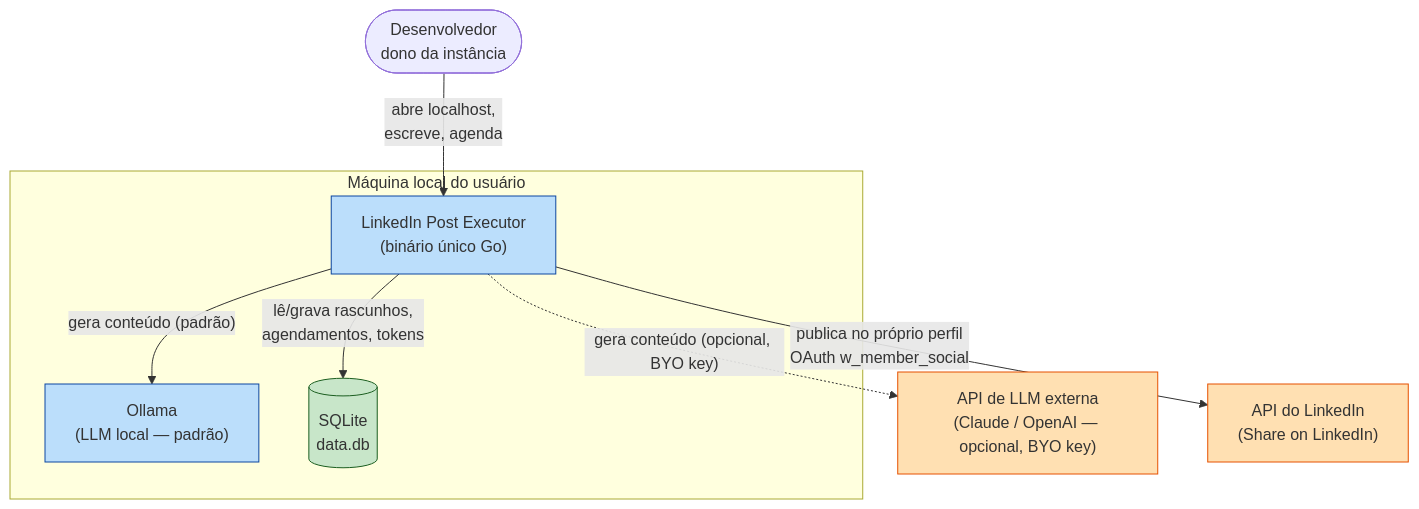
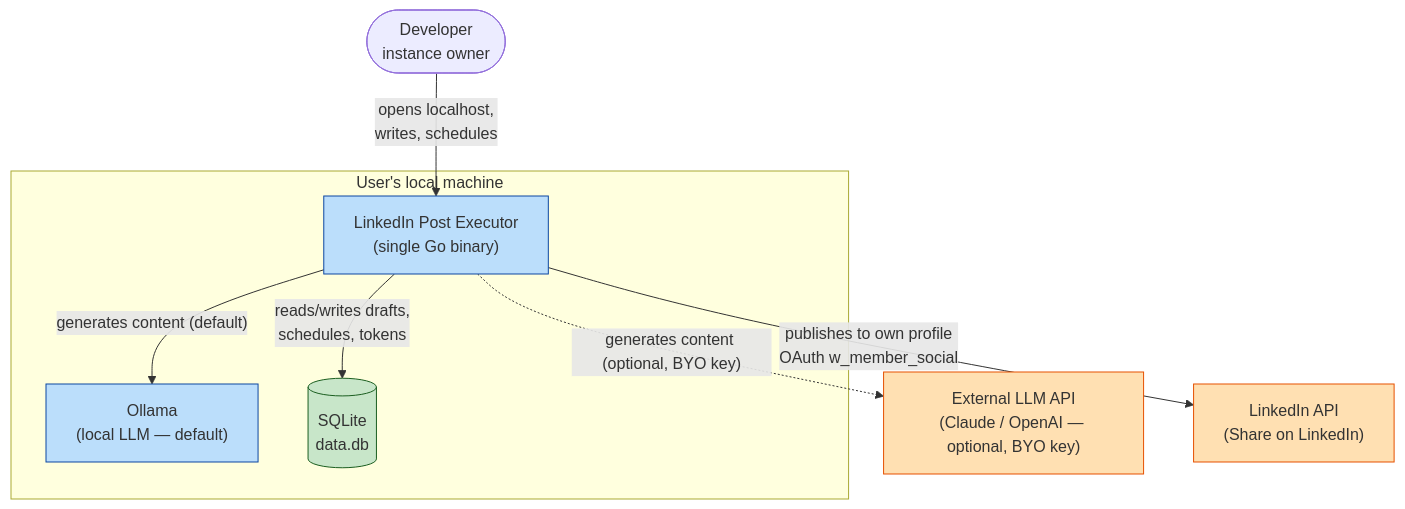
The diagram in docs/diagrams/system-context.mmd (Vitor-andrade/linkedin-post-executor), drawn with Mermaid before and after one commit. The commit also changed 25 other files, not shown here.

```diff
--- a/docs/diagrams/system-context.mmd
+++ b/docs/diagrams/system-context.mmd
@@ -1,22 +1,22 @@
 graph TD
-    user([Desenvolvedor<br/>dono da instância])
-    subgraph local["Máquina local do usuário"]
-        app["LinkedIn Post Executor<br/>(binário único Go)"]
-        ollama["Ollama<br/>(LLM local — padrão)"]
+    user([Developer<br/>instance owner])
+    subgraph local["User's local machine"]
+        app["LinkedIn Post Executor<br/>(single Go binary)"]
+        ollama["Ollama<br/>(local LLM — default)"]
         db[("SQLite<br/>data.db")]
     end
-    llmapi["API de LLM externa<br/>(Claude / OpenAI — opcional, BYO key)"]
-    linkedin["API do LinkedIn<br/>(Share on LinkedIn)"]
+    llmapi["External LLM API<br/>(Claude / OpenAI — optional, BYO key)"]
+    linkedin["LinkedIn API<br/>(Share on LinkedIn)"]
 
-    user -->|"abre localhost,<br/>escreve, agenda"| app
-    app -->|"gera conteúdo (padrão)"| ollama
-    app -.->|"gera conteúdo (opcional, BYO key)"| llmapi
-    app -->|"lê/grava rascunhos,<br/>agendamentos, tokens"| db
-    app -->|"publica no próprio perfil<br/>OAuth w_member_social"| linkedin
+    user -->|"opens localhost,<br/>writes, schedules"| app
+    app -->|"generates content (default)"| ollama
+    app -.->|"generates content (optional, BYO key)"| llmapi
+    app -->|"reads/writes drafts,<br/>schedules, tokens"| db
+    app -->|"publishes to own profile<br/>OAuth w_member_social"| linkedin
 
     classDef ext fill:#ffe0b2,stroke:#e65100;
     classDef int fill:#bbdefb,stroke:#0d47a1;
     classDef store fill:#c8e6c9,stroke:#1b5e20;
     class llmapi,linkedin ext;
     class app,ollama int;
     class db store;
```
